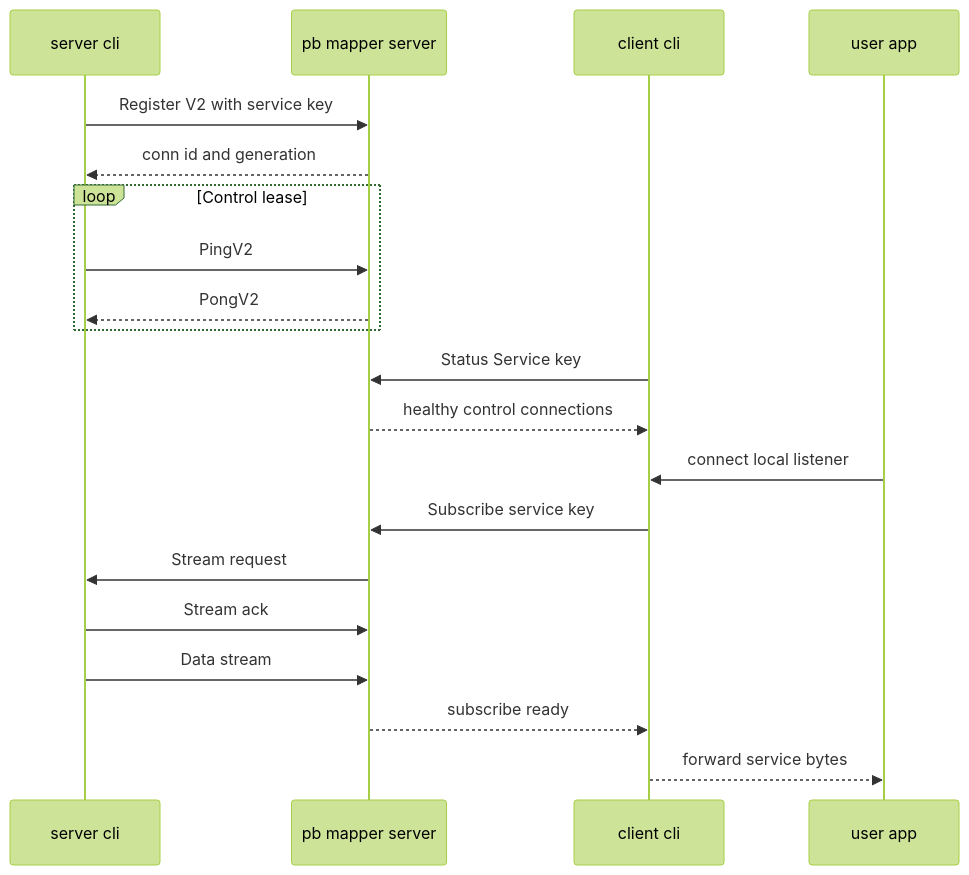
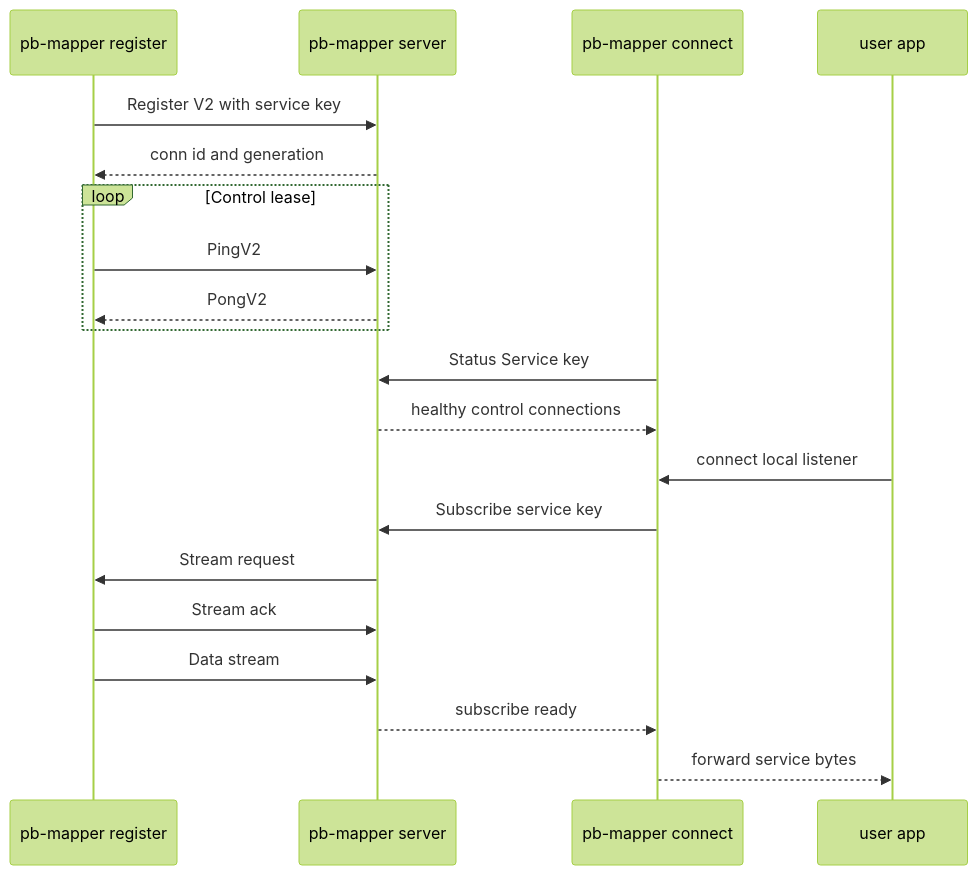
The second of 2 diagrams in docs/user-guide.zh-CN.md (acking-you/pb-mapper), drawn with Mermaid (forest theme) before and after one commit. The commit also changed other lines of this file and 52 other files, not shown here.

Commit message:
Unify pb-mapper CLI and release tooling

````diff
--- a/docs/user-guide.zh-CN.md
+++ b/docs/user-guide.zh-CN.md
@@ -29,23 +29,23 @@
 ```mermaid
 sequenceDiagram
-    participant S as server cli
-    participant R as pb mapper server
-    participant C as client cli
+    participant S as pb-mapper register
+    participant R as pb-mapper server
+    participant C as pb-mapper connect
     participant U as user app
 
     S->>R: Register V2 with service key
     R-->>S: conn id and generation
     loop Control lease
         S->>R: PingV2
         R-->>S: PongV2
     end
     C->>R: Status Service key
     R-->>C: healthy control connections
     U->>C: connect local listener
     C->>R: Subscribe service key
     R->>S: Stream request
     S->>R: Stream ack
     S->>R: Data stream
     R-->>C: subscribe ready
     C-->>U: forward service bytes
 ```
````
